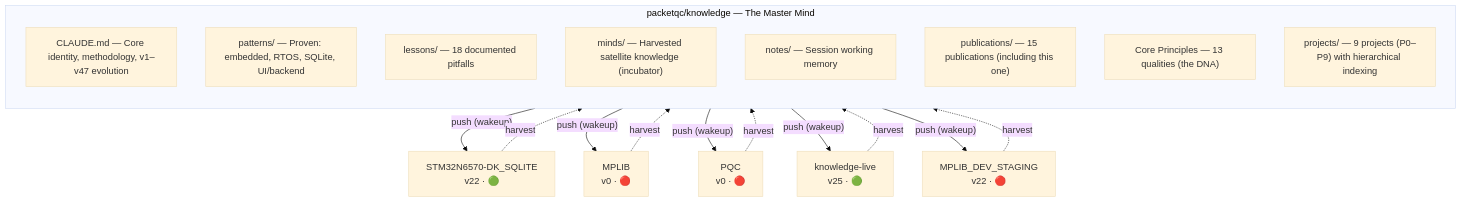
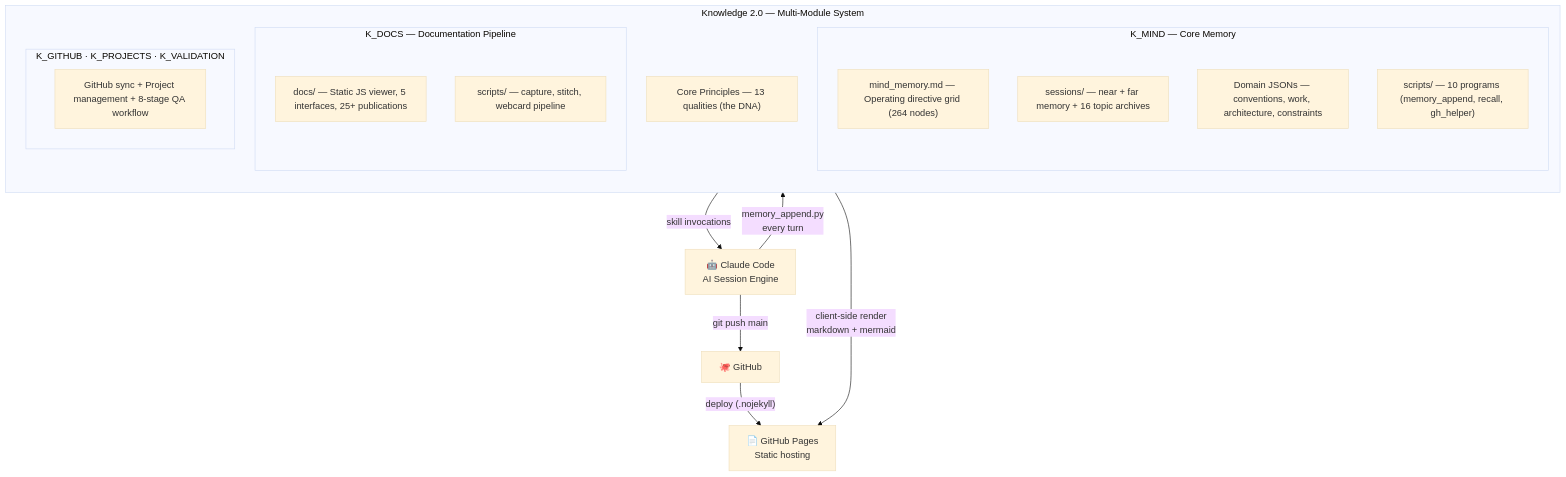
The diagram in docs/publications/knowledge-system/full/index.md (packetqc/K_DOCS), drawn with Mermaid (base theme) before and after one commit. The commit also changed other lines of this file and 1 other file, not shown here.

Commit message:
docs: update knowledge-system mermaid diagrams to K2.0 architecture
Replace old monolithic diagram with multi-module K2.0 system view
showing K_MIND, K_DOCS, K_GITHUB/K_PROJECTS/K_VALIDATION modules.

````diff
--- a/docs/publications/knowledge-system/full/index.md
+++ b/docs/publications/knowledge-system/full/index.md
@@ -105,26 +105,26 @@
 ```mermaid
 flowchart TB
-    subgraph KNOWLEDGE["packetqc/knowledge — The Master Mind"]
+    subgraph KNOWLEDGE["Knowledge 2.0 — Multi-Module System"]
         direction TB
-        CLAUDE["CLAUDE.md — Core identity, methodology, v1–v47 evolution"]
-        PATTERNS["patterns/ — Proven: embedded, RTOS, SQLite, UI/backend"]
-        LESSONS["lessons/ — 18 documented pitfalls"]
-        MINDS["minds/ — Harvested satellite knowledge (incubator)"]
-        NOTES["notes/ — Session working memory"]
-        PUBS["publications/ — 15 publications (including this one)"]
+        subgraph KMIND["K_MIND — Core Memory"]
+            MINDMAP["mind_memory.md — Operating directive grid (264 nodes)"]
+            SESSIONS["sessions/ — near + far memory + 16 topic archives"]
+            DOMAIN["Domain JSONs — conventions, work, architecture, constraints"]
+            SCRIPTS_M["scripts/ — 10 programs (memory_append, recall, gh_helper)"]
+        end
+        subgraph KDOCS["K_DOCS — Documentation Pipeline"]
+            VIEWER["docs/ — Static JS viewer, 5 interfaces, 25+ publications"]
+            SCRIPTS_D["scripts/ — capture, stitch, webcard pipeline"]
+        end
+        subgraph KOTHER["K_GITHUB · K_PROJECTS · K_VALIDATION"]
+            MODULES["GitHub sync + Project management + 8-stage QA workflow"]
+        end
         PRINCIPLES["Core Principles — 13 qualities (the DNA)"]
-        PROJECTS["projects/ — 9 projects (P0–P9) with hierarchical indexing"]
     end
 
-    KNOWLEDGE -- "push (wakeup)" --> SAT1["STM32N6570-DK_SQLITE\nv22 · 🟢"]
-    KNOWLEDGE -- "push (wakeup)" --> SAT2["MPLIB\nv0 · 🔴"]
-    KNOWLEDGE -- "push (wakeup)" --> SAT3["PQC\nv0 · 🔴"]
-    KNOWLEDGE -- "push (wakeup)" --> SAT4["knowledge-live\nv25 · 🟢"]
-    KNOWLEDGE -- "push (wakeup)" --> SAT5["MPLIB_DEV_STAGING\nv22 · 🔴"]
-
-    SAT1 -. "harvest" .-> KNOWLEDGE
-    SAT2 -. "harvest" .-> KNOWLEDGE
-    SAT3 -. "harvest" .-> KNOWLEDGE
-    SAT4 -. "harvest" .-> KNOWLEDGE
-    SAT5 -. "harvest" .-> KNOWLEDGE
+    KNOWLEDGE -- "skill invocations" --> CLAUDE["🤖 Claude Code\nAI Session Engine"]
+    CLAUDE -- "memory_append.py\nevery turn" --> SESSIONS
+    CLAUDE -- "git push main" --> GH["🐙 GitHub"]
+    GH -- "deploy (.nojekyll)" --> PAGES["📄 GitHub Pages\nStatic hosting"]
+    VIEWER -- "client-side render\nmarkdown + mermaid" --> PAGES
 ```
````
